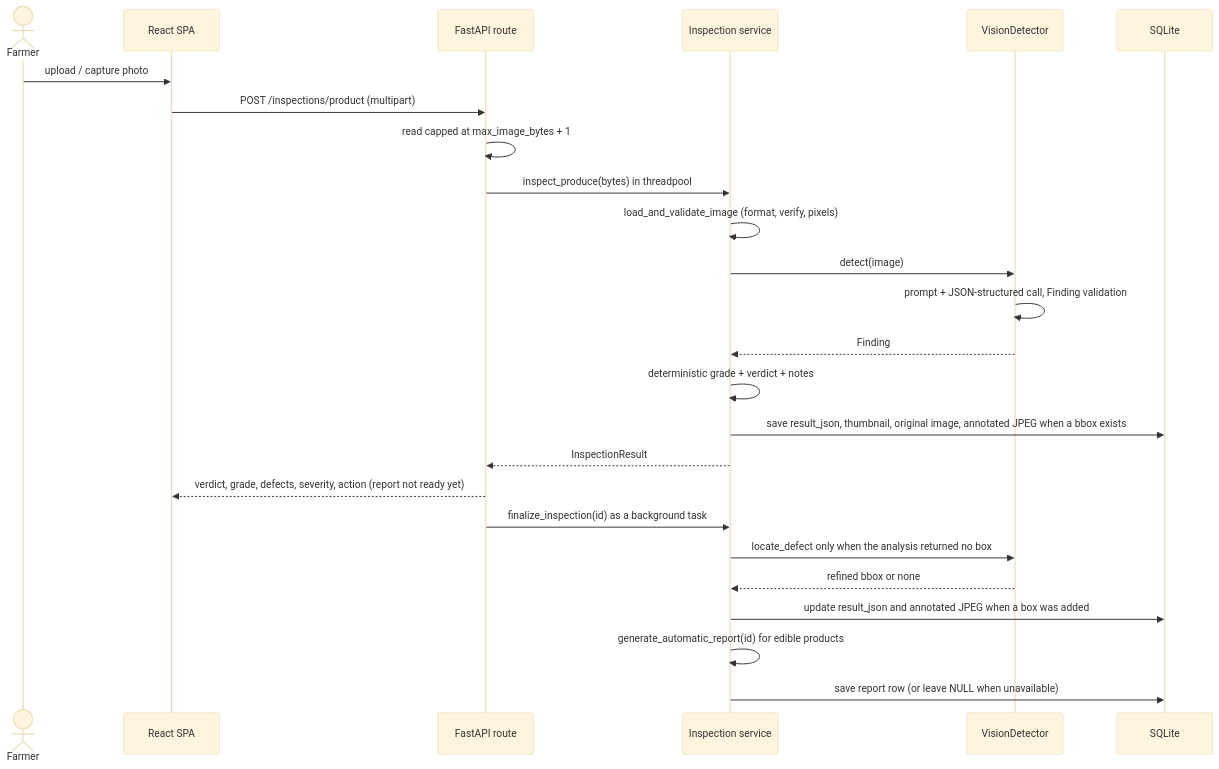
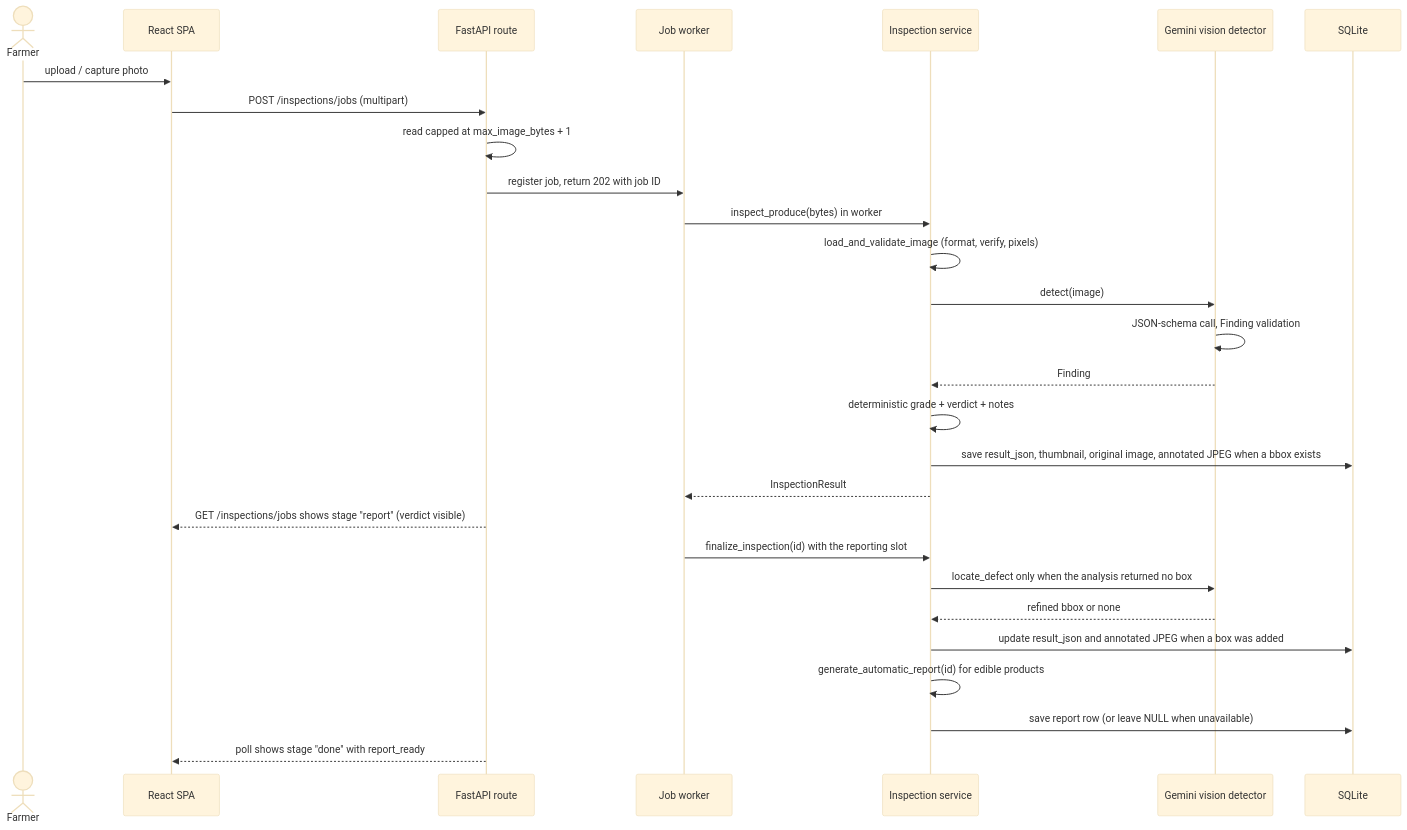
Before and after one commit to HamzaShafiq44/FieldMark: the second of 4 diagrams in ARCHITECTURE.md, drawn with Mermaid (base theme). The commit also changed other lines of this file and 6 other files, not shown here.

Commit message:
Updated README and ARCHITECTURE

````diff
--- a/ARCHITECTURE.md
+++ b/ARCHITECTURE.md
@@ -217,27 +247,30 @@
 ```mermaid
 sequenceDiagram
     actor F as Farmer
     participant UI as React SPA
     participant API as FastAPI route
+    participant J as Job worker
     participant S as Inspection service
-    participant D as VisionDetector
+    participant D as Gemini vision detector
     participant DB as SQLite
     F->>UI: upload / capture photo
-    UI->>API: POST /inspections/product (multipart)
+    UI->>API: POST /inspections/jobs (multipart)
     API->>API: read capped at max_image_bytes + 1
-    API->>S: inspect_produce(bytes) in threadpool
+    API->>J: register job, return 202 with job ID
+    J->>S: inspect_produce(bytes) in worker
     S->>S: load_and_validate_image (format, verify, pixels)
     S->>D: detect(image)
-    D->>D: prompt + JSON-structured call, Finding validation
+    D->>D: JSON-schema call, Finding validation
     D-->>S: Finding
     S->>S: deterministic grade + verdict + notes
     S->>DB: save result_json, thumbnail, original image, annotated JPEG when a bbox exists
-    S-->>API: InspectionResult
-    API-->>UI: verdict, grade, defects, severity, action (report not ready yet)
-    API->>S: finalize_inspection(id) as a background task
+    S-->>J: InspectionResult
+    API-->>UI: GET /inspections/jobs shows stage "report" (verdict visible)
+    J->>S: finalize_inspection(id) with the reporting slot
     S->>D: locate_defect only when the analysis returned no box
     D-->>S: refined bbox or none
     S->>DB: update result_json and annotated JPEG when a box was added
     S->>S: generate_automatic_report(id) for edible products
     S->>DB: save report row (or leave NULL when unavailable)
+    API-->>UI: poll shows stage "done" with report_ready
 ```
````
